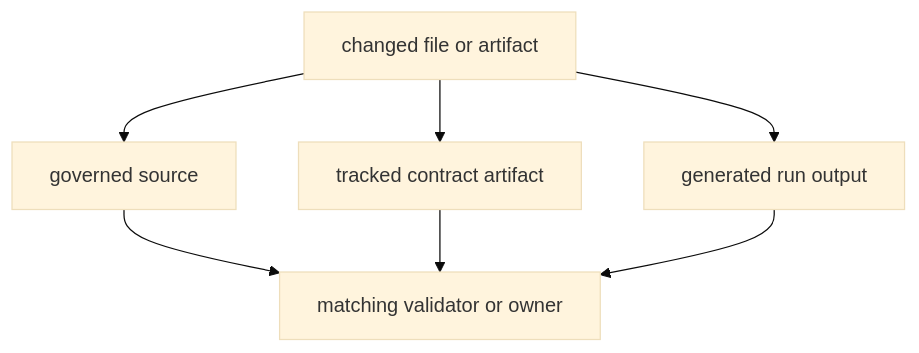
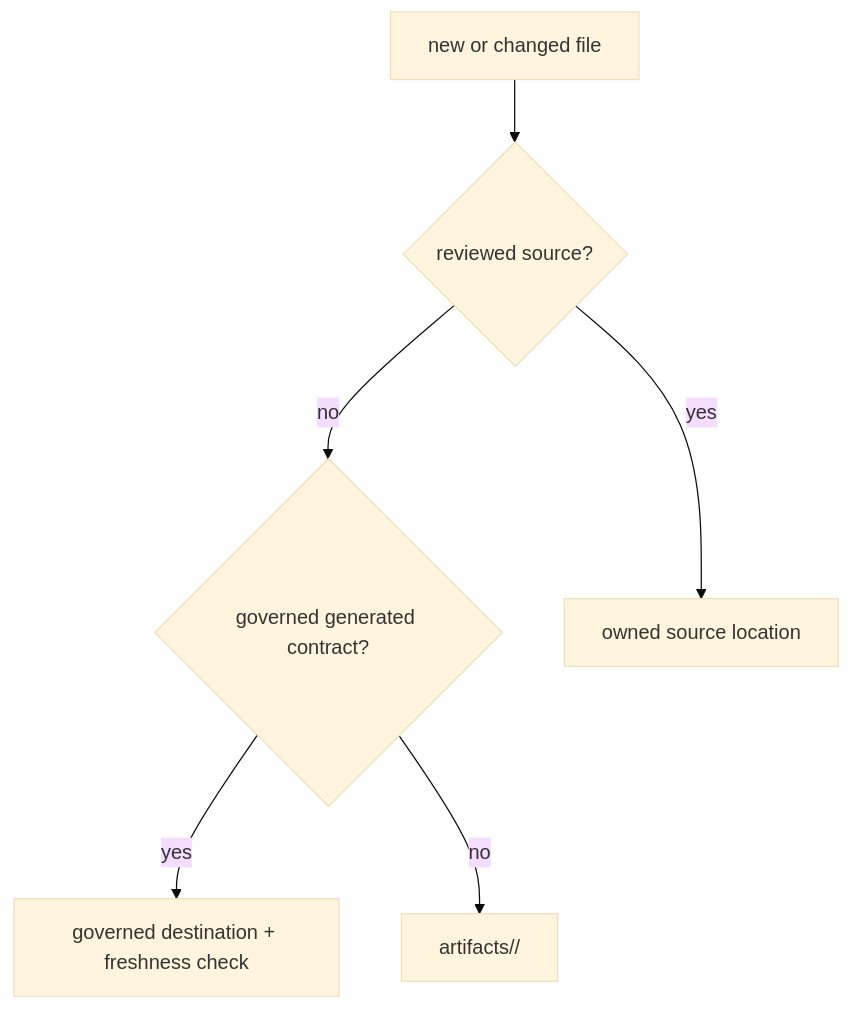
The diagram in docs/01-bijux-proteomics/operations/artifact-governance.md (bijux/bijux-proteomics), drawn with Mermaid (base theme) before and after one commit. The commit also changed other lines of this file and 2 other files, not shown here.

Commit message:
docs(governance): define public contract proof

````diff
--- a/docs/01-bijux-proteomics/operations/artifact-governance.md
+++ b/docs/01-bijux-proteomics/operations/artifact-governance.md
@@ -18,15 +30,14 @@
 ```mermaid
-flowchart TB
-    file["changed file or artifact"]
-    source["governed source"]
-    contract["tracked contract artifact"]
-    output["generated run output"]
-    validator["matching validator or owner"]
-
-    file --> source
-    file --> contract
-    file --> output
-    source --> validator
-    contract --> validator
-    output --> validator
+flowchart TD
+    file["new or changed file"]
+    governed{"reviewed source?"}
+    generated{"governed generated contract?"}
+    source["owned source location"]
+    tracked["governed destination + freshness check"]
+    transient["artifacts/<owner>/"]
+    file --> governed
+    governed -->|yes| source
+    governed -->|no| generated
+    generated -->|yes| tracked
+    generated -->|no| transient
 ```
````
